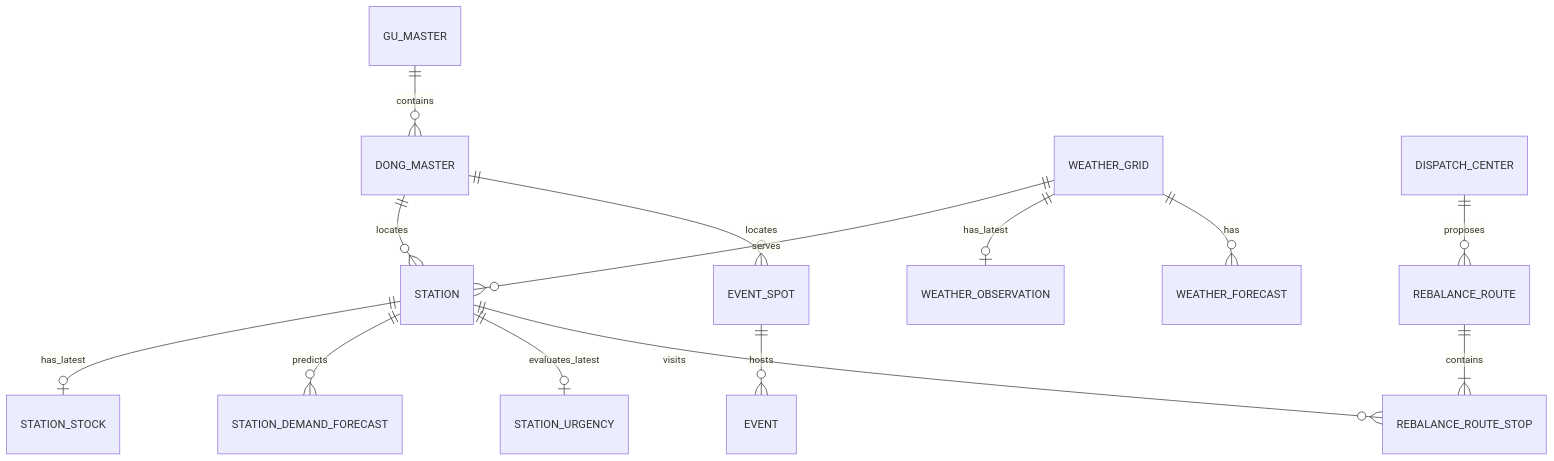
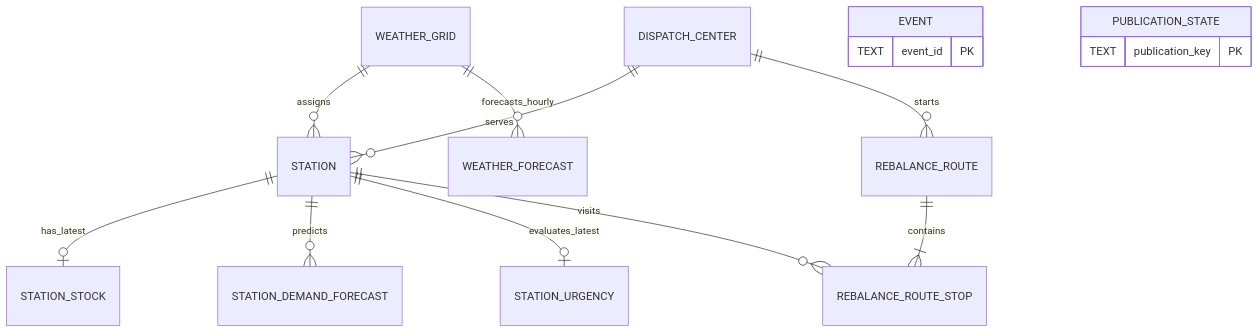
One commit to softeerbootcamp-8th/DE_team2-GangnamguUmBokDong changed the first of 2 diagrams in docs/gold/target-erd.md. Above: the diagram before and after it, drawn with Mermaid. The commit also changed other lines of this file and 9 other files, not shown here.

````diff
--- a/docs/gold/target-erd.md
+++ b/docs/gold/target-erd.md
@@ -8,16 +26,20 @@
 ```mermaid
 erDiagram
-    GU_MASTER ||--o{ DONG_MASTER : contains
-    DONG_MASTER ||--o{ STATION : locates
-    DONG_MASTER ||--o{ EVENT_SPOT : locates
-    WEATHER_GRID ||--o{ STATION : serves
-    WEATHER_GRID ||--o| WEATHER_OBSERVATION : has_latest
-    WEATHER_GRID ||--o{ WEATHER_FORECAST : has
+    WEATHER_GRID ||--o{ STATION : assigns
+    DISPATCH_CENTER ||--o{ STATION : serves
     STATION ||--o| STATION_STOCK : has_latest
     STATION ||--o{ STATION_DEMAND_FORECAST : predicts
+    WEATHER_GRID ||--o{ WEATHER_FORECAST : forecasts_hourly
     STATION ||--o| STATION_URGENCY : evaluates_latest
-    EVENT_SPOT ||--o{ EVENT : hosts
-    DISPATCH_CENTER ||--o{ REBALANCE_ROUTE : proposes
+    DISPATCH_CENTER ||--o{ REBALANCE_ROUTE : starts
     REBALANCE_ROUTE ||--|{ REBALANCE_ROUTE_STOP : contains
     STATION ||--o{ REBALANCE_ROUTE_STOP : visits
+
+    EVENT {
+        TEXT event_id PK
+    }
+
+    PUBLICATION_STATE {
+        TEXT publication_key PK
+    }
 ```
````
